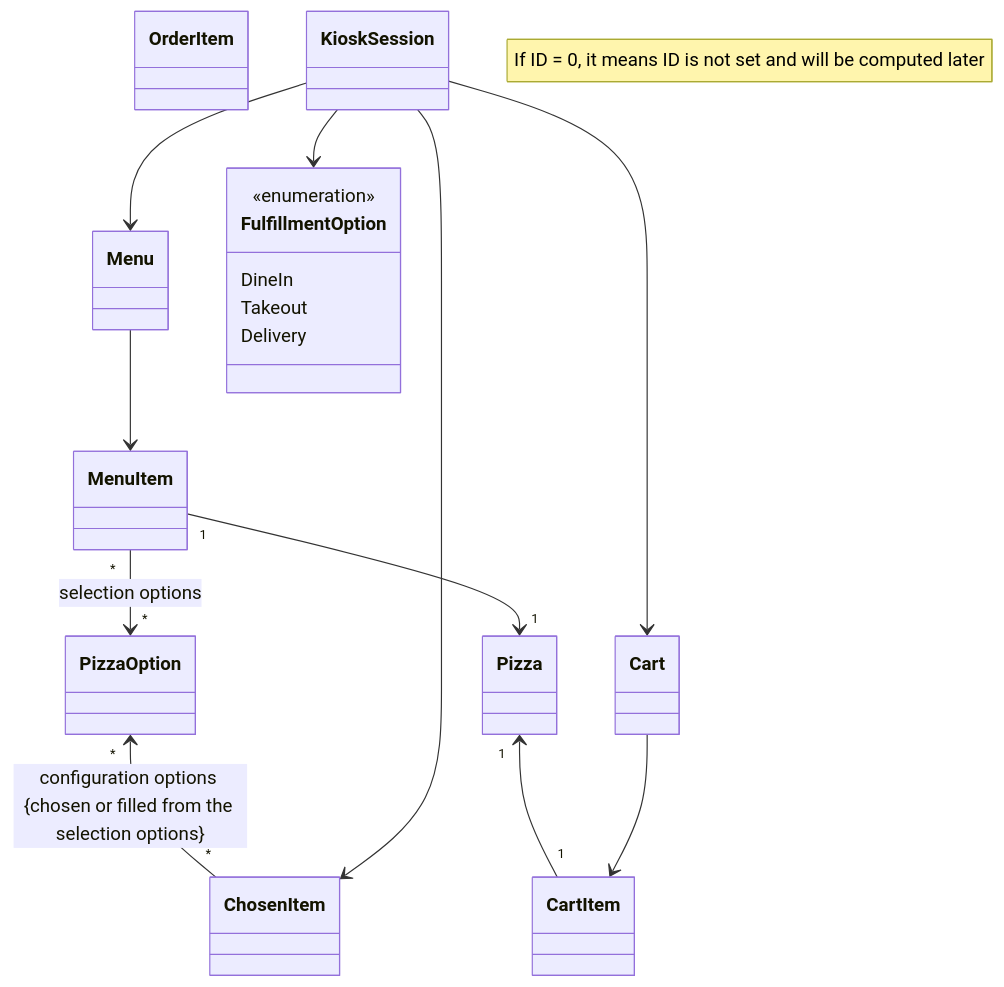
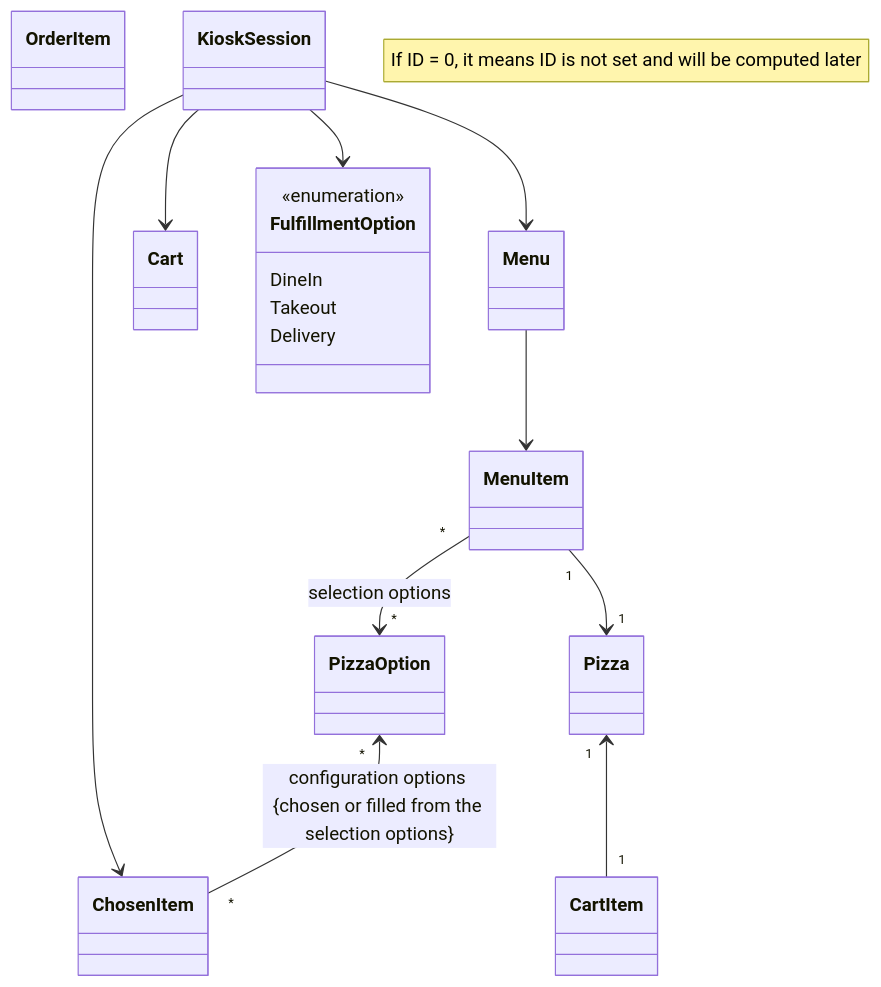
One commit to ekral/Utb.PizzaKiosk changed the diagram in README.md. Above: the diagram before and after it, drawn with Mermaid.

````diff
--- a/README.md
+++ b/README.md
@@ -160,30 +160,29 @@
 ```mermaid
  classDiagram
    note "If ID = 0, it means ID is not set and will be computed later"
    %% direction LR
    class PizzaOption
    class Pizza
    class MenuItem
    class Menu
    class ChosenItem
    class CartItem
    class OrderItem
    class Cart
    class FulfillmentOption{
       <<enumeration>>
       DineIn
       Takeout
       Delivery
    }
    class KioskSession
    MenuItem "1" --> "1"  Pizza
    Pizza "1" <-- "1"  CartItem
    MenuItem "*" --> "*"  PizzaOption : selection options
    PizzaOption "*" <-- "*" ChosenItem : configuration options {chosen or filled from the selection options}
    Menu --> MenuItem
-   Cart --> CartItem
    KioskSession --> ChosenItem
    KioskSession --> Cart
    KioskSession --> FulfillmentOption
    KioskSession --> Menu
 ```
````
